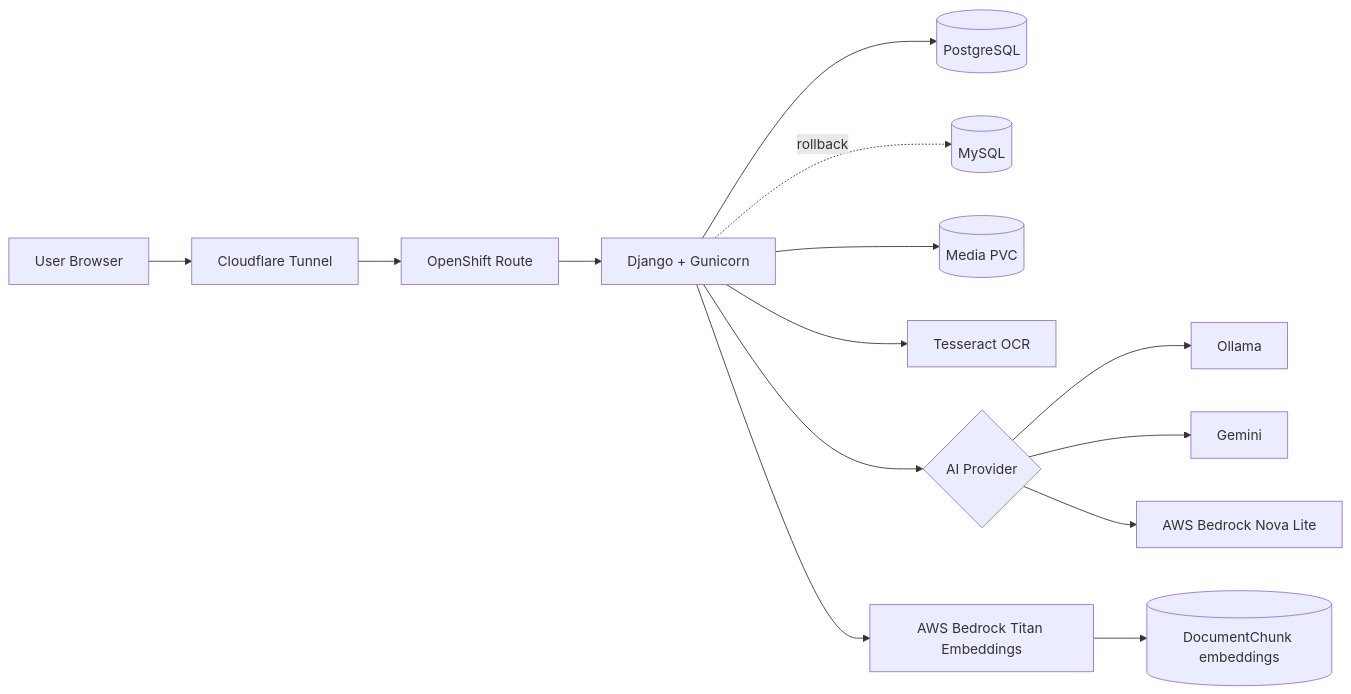
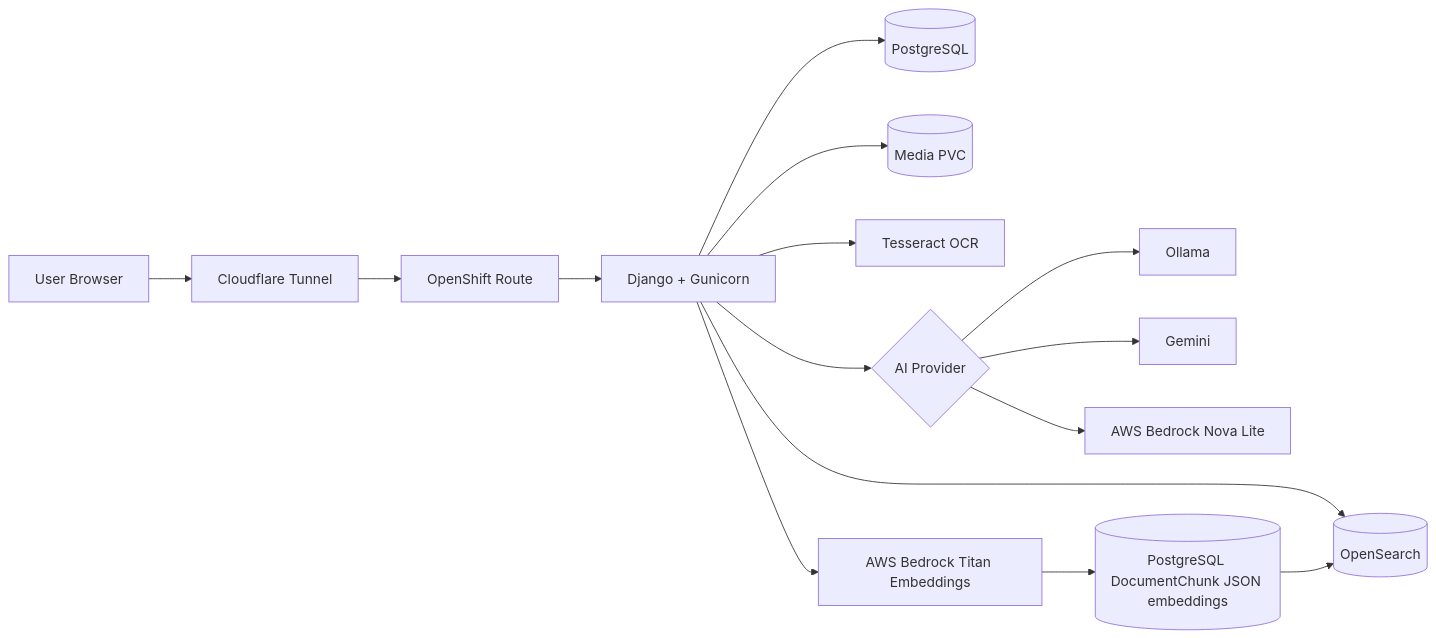
One commit to khaliqueaws-creator/document-management changed the diagram in README.md. Above: the diagram before and after it, drawn with Mermaid. The commit also changed other lines of this file and 8 other files, not shown here.

Commit message:
Update docs for PostgreSQL and OpenSearch stack

````diff
--- a/README.md
+++ b/README.md
@@ -23,20 +23,21 @@
 ```mermaid
 flowchart LR
     Browser[User Browser] --> Cloudflare[Cloudflare Tunnel]
     Cloudflare --> OpenShift[OpenShift Route]
     OpenShift --> Django[Django + Gunicorn]
 
     Django --> PostgreSQL[(PostgreSQL)]
-    Django -. rollback .-> MySQL[(MySQL)]
+    Django --> OpenSearch[(OpenSearch)]
     Django --> Storage[(Media PVC)]
 
     Django --> OCR[Tesseract OCR]
 
     Django --> AI{AI Provider}
     AI --> Ollama[Ollama]
     AI --> Gemini[Gemini]
     AI --> Bedrock[AWS Bedrock Nova Lite]
 
     Django --> Embeddings[AWS Bedrock Titan Embeddings]
-    Embeddings --> Chunks[(DocumentChunk embeddings)]
+    Embeddings --> Chunks[(PostgreSQL DocumentChunk JSON embeddings)]
+    Chunks --> OpenSearch
 ```
````
